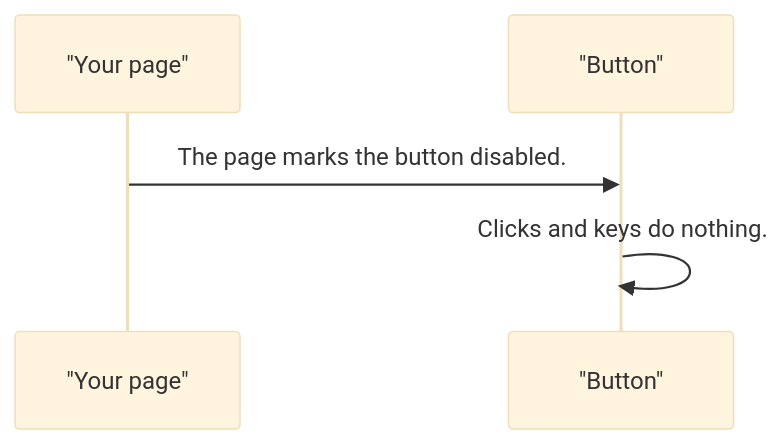
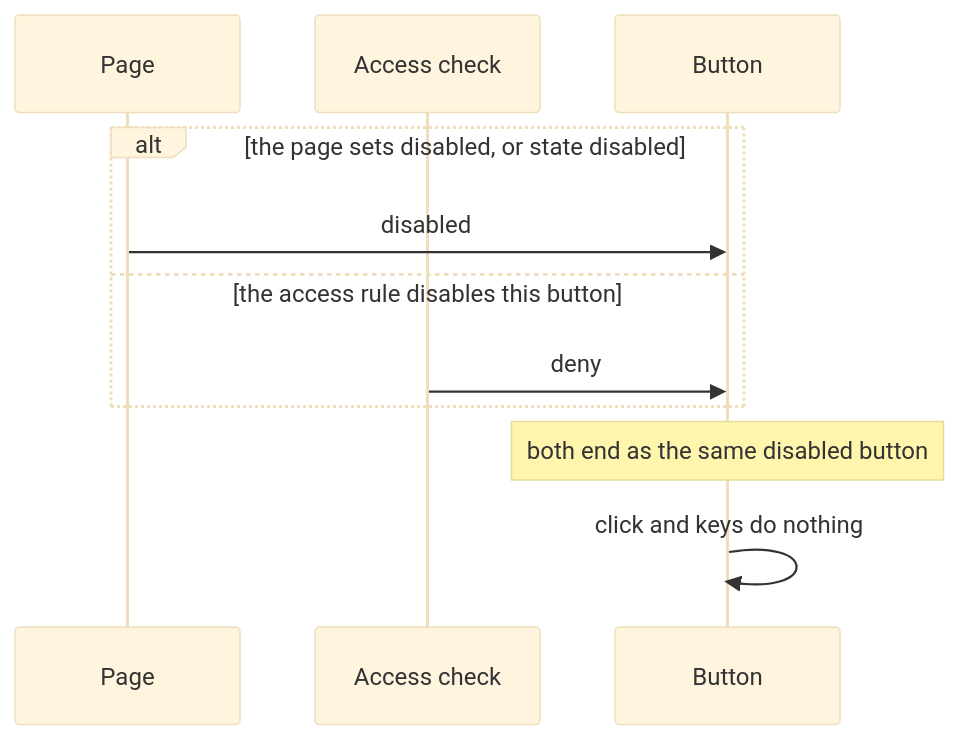
The third of 8 diagrams in projects/pixel-ui/src/lib/pixel-button/DESIGN.md (RajshekharBorate/pixel-ui), drawn with Mermaid (base theme) before and after one commit. The commit also changed other lines of this file and 73 other files, not shown here.

Commit message:
Explain who owns each value and what each flow does in every component and service design.

````diff
--- a/projects/pixel-ui/src/lib/pixel-button/DESIGN.md
+++ b/projects/pixel-ui/src/lib/pixel-button/DESIGN.md
@@ -92,7 +136,14 @@
 ```mermaid
 sequenceDiagram
-  participant page as "Your page"
-  participant button as "Button"
-  page->>button: The page marks the button disabled.
-  button->>button: Clicks and keys do nothing.
+  participant Page
+  participant Access as Access check
+  participant Button
+
+  alt the page sets disabled, or state disabled
+    Page->>Button: disabled
+  else the access rule disables this button
+    Access->>Button: deny
+  end
+  Note over Button: both end as the same disabled button
+  Button->>Button: click and keys do nothing
 ```
````
